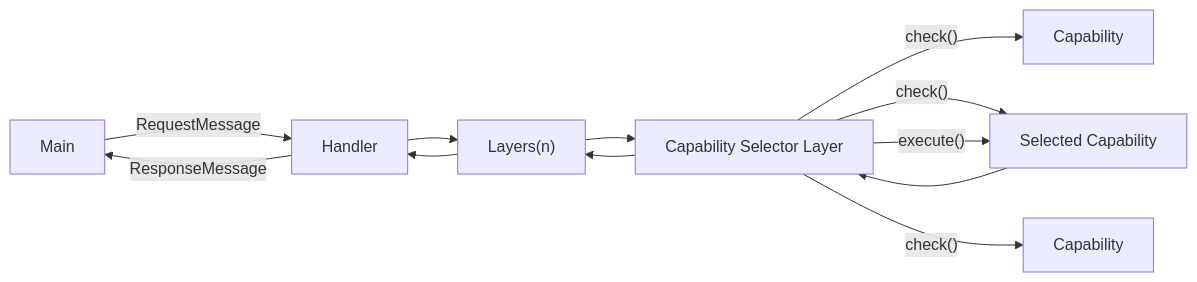
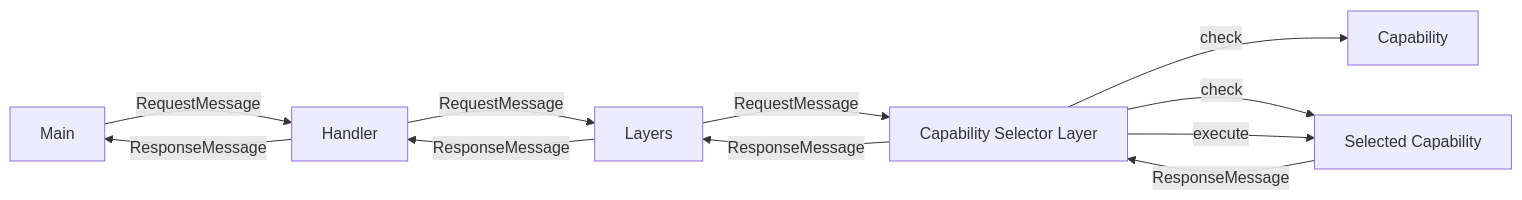
Before and after one commit to divanvisagie/Layer-Capability-Pattern: the second of 2 diagrams in README.md, drawn with Mermaid. The commit also changed other lines of this file, not shown here.

Commit message:
Enhance README.md with detailed explanation of the Layer-Capability Pattern and its core principles

````diff
--- a/README.md
+++ b/README.md
@@ -39,19 +47,13 @@
 ```mermaid
 graph LR
-M[Main] -- RequestMessage --> H[Handler] 
-H --> L["Layers(n)"]
-L --> CSL[Capability Selector Layer]
-
-CSL -- "check()"--> C[Capability]
-
-CSL -- "check()" --> C2[Selected Capability]
-C2 -->CSL
-
-CSL -- "check()" --> C3[Capability]
-
-CSL -- "execute()" --> C2
-
-CSL --> L
-L --> H
-H -- ResponseMessage --> M
+M[Main] -->|RequestMessage| H[Handler] 
+H -->|RequestMessage| L[Layers] 
+L -->|RequestMessage| CSL[Capability Selector Layer]
+CSL -->|check| C[Capability]
+CSL -->|check| C2[Selected Capability]
+CSL -->|execute| C2
+C2 -->|ResponseMessage| CSL
+CSL -->|ResponseMessage| L
+L -->|ResponseMessage| H
+H -->|ResponseMessage| M
 ```
````
